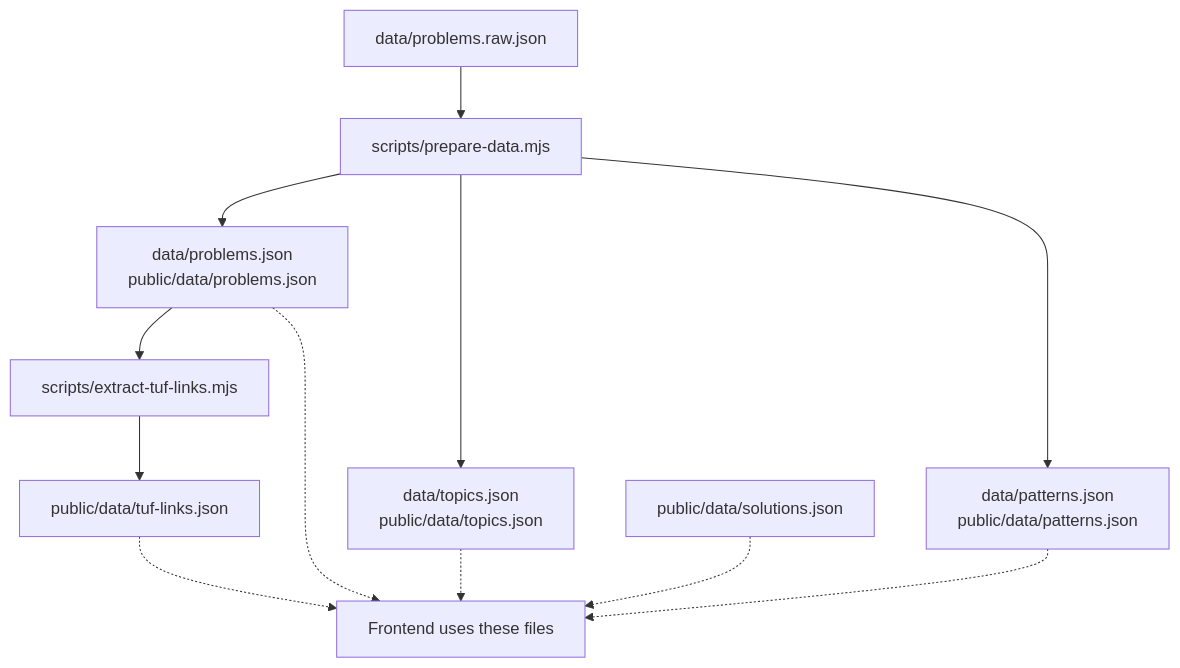
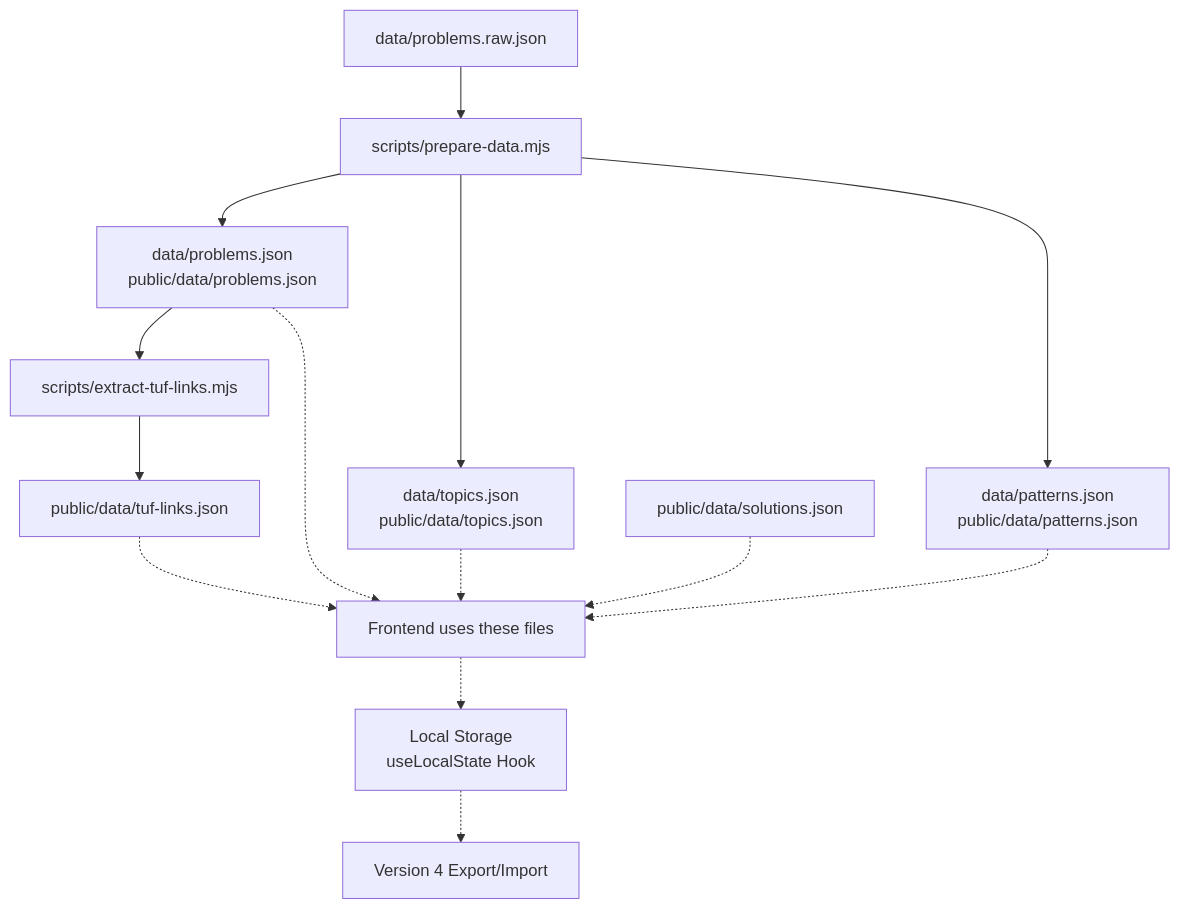
Before and after one commit to iamrituraj/DSA-Tracker: the first of 5 diagrams in .qoder/repowiki/en/content/Data Management/Data Management.md, drawn with Mermaid. The commit also changed other lines of this file and 34 other files, not shown here.

````diff
--- a/.qoder/repowiki/en/content/Data Management/Data Management.md
+++ b/.qoder/repowiki/en/content/Data Management/Data Management.md
@@ -51,14 +63,16 @@
 ```mermaid
 graph TB
 RAW["data/problems.raw.json"] --> PIPE["scripts/prepare-data.mjs"]
 PIPE --> PROBLEMS["data/problems.json<br/>public/data/problems.json"]
 PIPE --> TOPICS["data/topics.json<br/>public/data/topics.json"]
 PIPE --> PATTERNS["data/patterns.json<br/>public/data/patterns.json"]
 PROBLEMS --> LINKS["scripts/extract-tuf-links.mjs"]
 LINKS --> TUF_LINKS["public/data/tuf-links.json"]
 SOLUTIONS["public/data/solutions.json"] -.-> UI["Frontend uses these files"]
 PROBLEMS -.-> UI
 TOPICS -.-> UI
 PATTERNS -.-> UI
 TUF_LINKS -.-> UI
+UI -.-> LOCAL_STORAGE["Local Storage<br/>useLocalState Hook"]
+LOCAL_STORAGE -.-> EXPORT_IMPORT["Version 4 Export/Import"]
 ```
````
